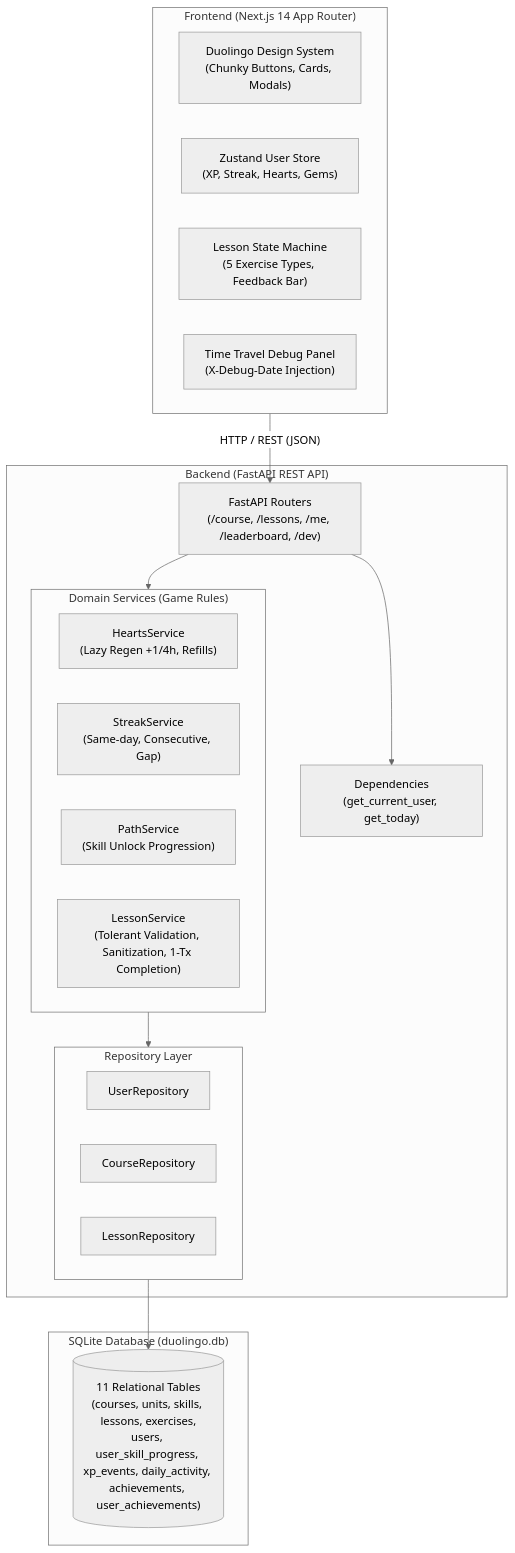
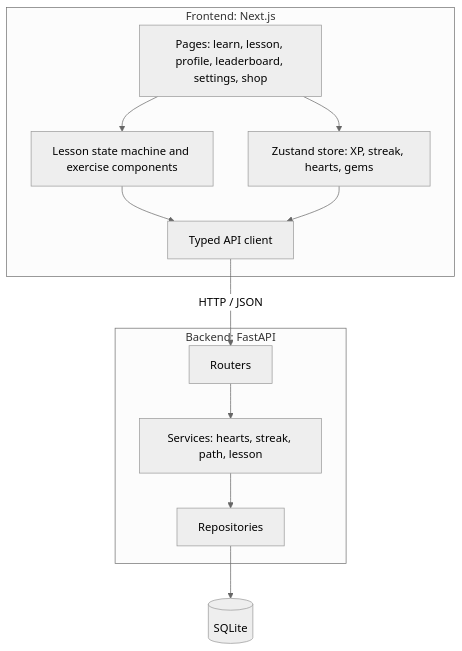
Before and after one commit to guhya-16/duolingo-clone: the first of 2 diagrams in README.md, drawn with Mermaid (neutral theme). The commit also changed other lines of this file, not shown here.

````diff
--- a/README.md
+++ b/README.md
@@ -26,37 +66,26 @@
 ```mermaid
 graph TD
-    subgraph Client["Frontend (Next.js 14 App Router)"]
-        UI["Duolingo Design System<br/>(Chunky Buttons, Cards, Modals)"]
-        Store["Zustand User Store<br/>(XP, Streak, Hearts, Gems)"]
-        Player["Lesson State Machine<br/>(5 Exercise Types, Feedback Bar)"]
-        Debug["Time Travel Debug Panel<br/>(X-Debug-Date Injection)"]
+    subgraph Client["Frontend: Next.js"]
+        Pages["Pages: learn, lesson, profile, leaderboard, settings, shop"]
+        Player["Lesson state machine and exercise components"]
+        Store["Zustand store: XP, streak, hearts, gems"]
+        Api["Typed API client"]
     end
 
-    subgraph API["Backend (FastAPI REST API)"]
-        Routers["FastAPI Routers<br/>(/course, /lessons, /me, /leaderboard, /dev)"]
-        Deps["Dependencies<br/>(get_current_user, get_today)"]
-        
-        subgraph Services["Domain Services (Game Rules)"]
-            HeartsSvc["HeartsService<br/>(Lazy Regen +1/4h, Refills)"]
-            StreakSvc["StreakService<br/>(Same-day, Consecutive, Gap)"]
-            PathSvc["PathService<br/>(Skill Unlock Progression)"]
-            LessonSvc["LessonService<br/>(Tolerant Validation, Sanitization, 1-Tx Completion)"]
-        end
-
-        subgraph Repos["Repository Layer"]
-            UserRepo["UserRepository"]
-            CourseRepo["CourseRepository"]
-            LessonRepo["LessonRepository"]
-        end
+    subgraph Server["Backend: FastAPI"]
+        Routers["Routers"]
+        Services["Services: hearts, streak, path, lesson"]
+        Repos["Repositories"]
     end
 
-    subgraph Database["SQLite Database (duolingo.db)"]
-        Tables[("11 Relational Tables<br/>(courses, units, skills, lessons, exercises,<br/>users, user_skill_progress, xp_events, daily_activity, achievements, user_achievements)")]
-    end
+    DB[("SQLite")]
 
-    Client -- "HTTP / REST (JSON)" --> Routers
-    Routers --> Deps
+    Pages --> Player
+    Pages --> Store
+    Player --> Api
+    Store --> Api
+    Api -- "HTTP / JSON" --> Routers
     Routers --> Services
     Services --> Repos
-    Repos --> Tables
+    Repos --> DB
 ```
````
